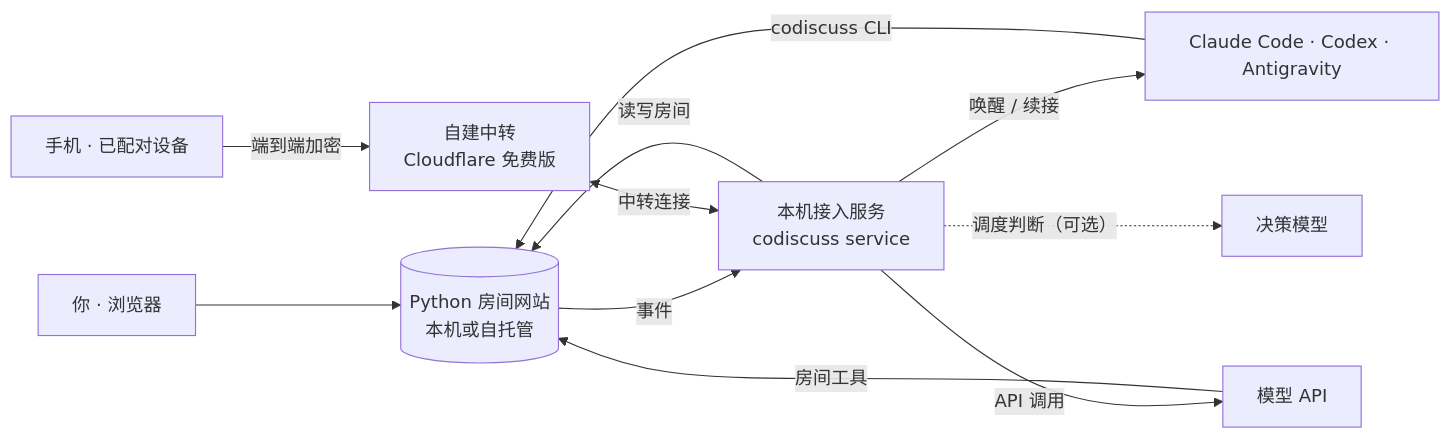
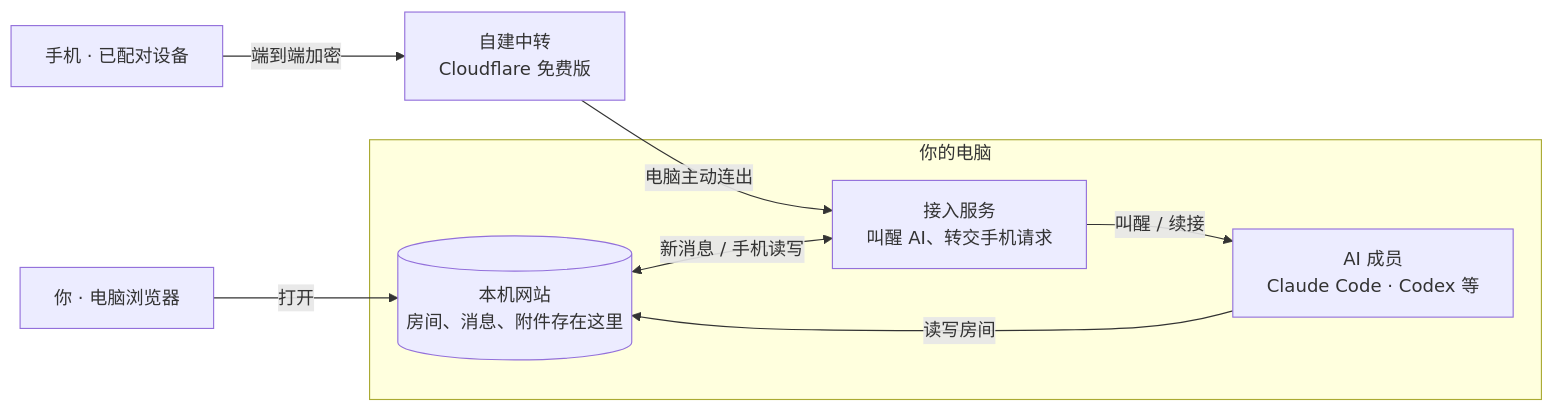
The first of 2 diagrams in README.zh-CN.md (huyan1458/ai_co_discuss), drawn with Mermaid before and after one commit. The commit also changed other lines of this file and 1 other file, not shown here.

````diff
--- a/README.zh-CN.md
+++ b/README.zh-CN.md
@@ -82,13 +82,17 @@
 ```mermaid
 flowchart LR
-    U[你 · 浏览器] --> S[(Python 房间网站<br>本机或自托管)]
-    S -- 事件 --> R[本机接入服务<br>codiscuss service]
-    P[手机 · 已配对设备] -- 端到端加密 --> C[自建中转<br>Cloudflare 免费版]
-    C <-- 中转连接 --> R
-    R -- 读写房间 --> S
-    R -- 唤醒 / 续接 --> A[Claude Code · Codex · Antigravity]
-    R -- API 调用 --> M[模型 API]
-    R -. 调度判断（可选） .-> D[决策模型]
-    A -- codiscuss CLI --> S
-    M -- 房间工具 --> S
+    U["你 · 电脑浏览器"]
+    P["手机 · 已配对设备"]
+    C["自建中转<br>Cloudflare 免费版"]
+    subgraph PC["你的电脑"]
+        S[("本机网站<br>房间、消息、附件存在这里")]
+        R["接入服务<br>叫醒 AI、转交手机请求"]
+        A["AI 成员<br>Claude Code · Codex 等"]
+    end
+    U -- 打开 --> S
+    P -- 端到端加密 --> C
+    C -- 电脑主动连出 --> R
+    S <-- 新消息 / 手机读写 --> R
+    R -- 叫醒 / 续接 --> A
+    A -- 读写房间 --> S
 ```
````
